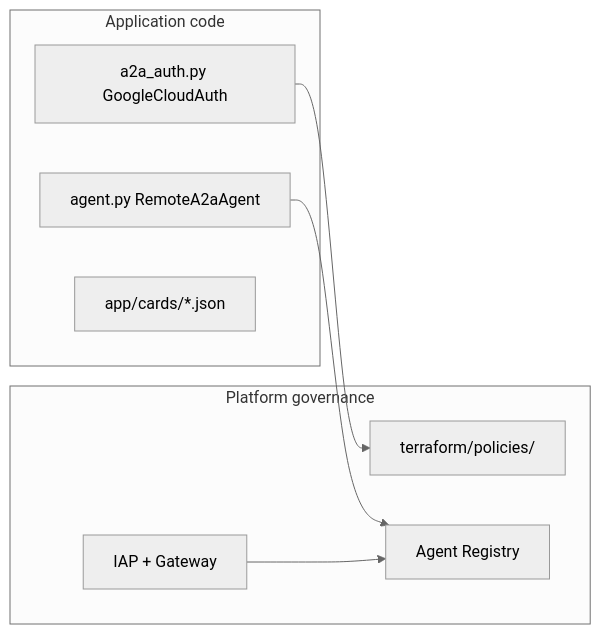
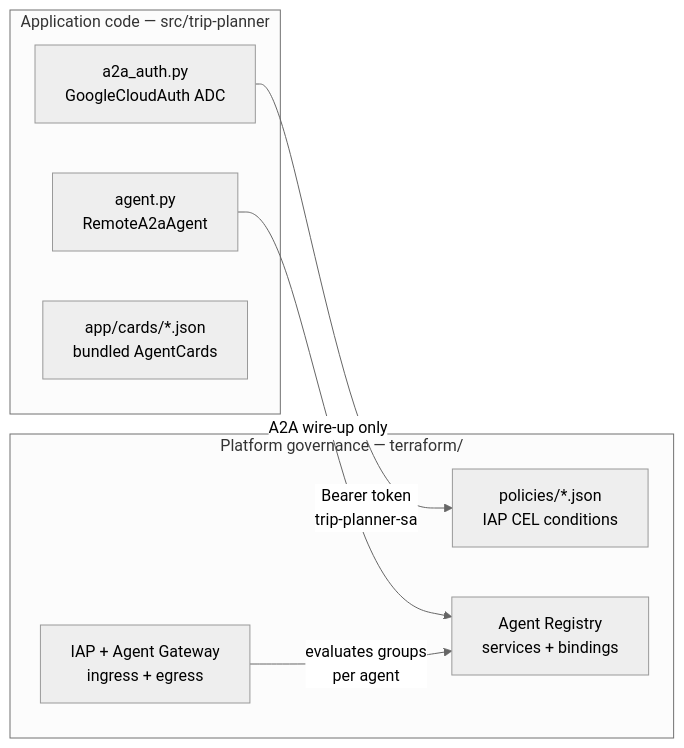
The fourth of 5 diagrams in docs/guides/04-mesh-governance.md (yu-iskw/agent-cli-demo), drawn with Mermaid (neutral theme) before and after one commit. The commit also changed other lines of this file and 22 other files, not shown here.

First line of the commit message:
feat(mesh): SequentialAgent A2A pipeline, gateway demo, and test fixes

````diff
--- a/docs/guides/04-mesh-governance.md
+++ b/docs/guides/04-mesh-governance.md
@@ -210,18 +188,18 @@
 ```mermaid
 flowchart LR
-  subgraph Code["Application code"]
-    A1["agent.py RemoteA2aAgent"]
-    A2["a2a_auth.py GoogleCloudAuth"]
-    A3["app/cards/*.json"]
+  subgraph Code["Application code — src/trip-planner"]
+    A1["agent.py<br/>RemoteA2aAgent"]
+    A2["a2a_auth.py<br/>GoogleCloudAuth ADC"]
+    A3["app/cards/*.json<br/>bundled AgentCards"]
   end
 
-  subgraph Platform["Platform governance"]
-    P1["terraform/policies/"]
-    P2["Agent Registry"]
-    P3["IAP + Gateway"]
+  subgraph Platform["Platform governance — terraform/"]
+    P1["policies/*.json<br/>IAP CEL conditions"]
+    P2["Agent Registry<br/>services + bindings"]
+    P3["IAP + Agent Gateway<br/>ingress + egress"]
   end
 
-  A1 --> P2
-  A2 --> P1
-  P3 --> P2
+  A1 -->|"A2A wire-up only"| P2
+  A2 -->|"Bearer token<br/>trip-planner-sa"| P1
+  P3 -->|"evaluates groups<br/>per agent"| P2
 ```
````
